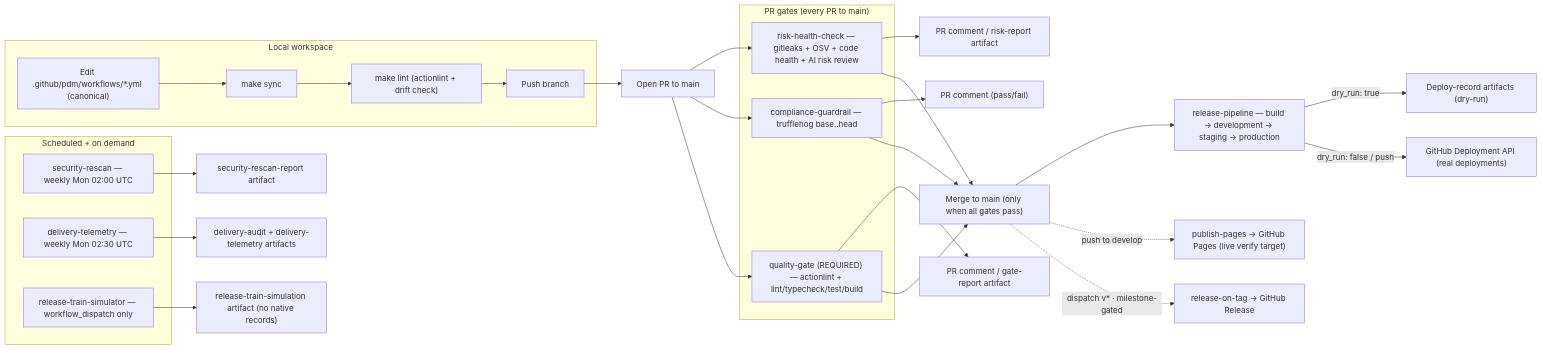
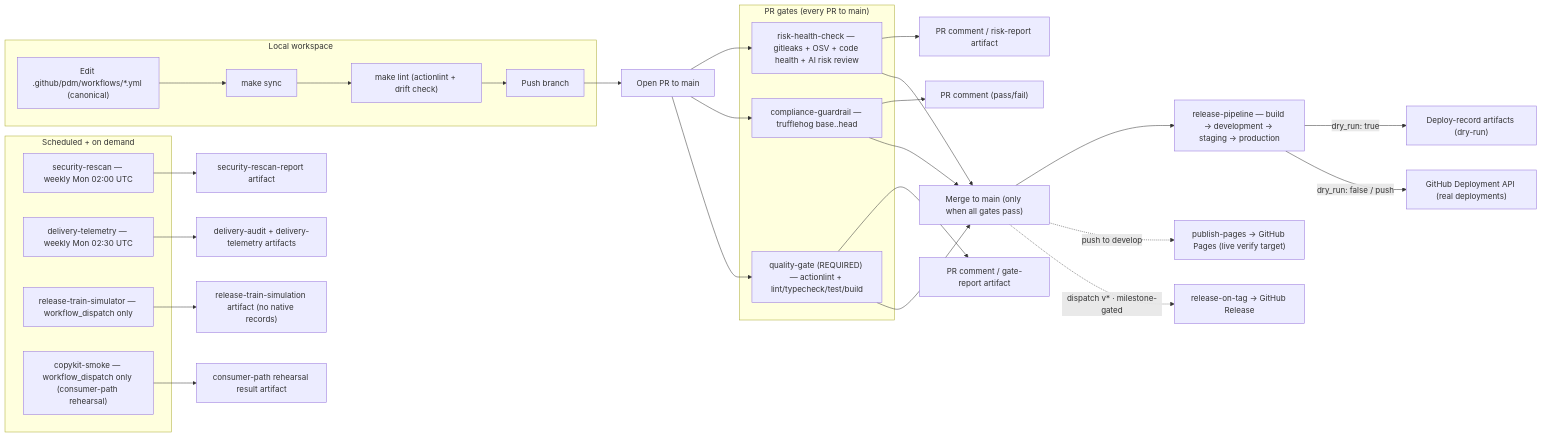
Before and after one commit to frdrpo/learning-pdm-fintech-delivery-engine: the diagram in README.md, drawn with Mermaid. The commit also changed other lines of this file and 1 other file, not shown here.

First line of the commit message:
docs: README enhancement — wiki links, full Makefile surface, current state, System Flow (P19-T2)

````diff
--- a/README.md
+++ b/README.md
@@ -35,45 +45,47 @@
 ```mermaid
 flowchart LR
     subgraph Local["Local workspace"]
         A["Edit .github/pdm/workflows/*.yml (canonical)"] --> B["make sync"]
         B --> C["make lint (actionlint + drift check)"]
         C --> D["Push branch"]
     end
 
     D --> P["Open PR to main"]
 
     subgraph Gates["PR gates (every PR to main)"]
         RH["risk-health-check — gitleaks + OSV + code health + AI risk review"]
         CG["compliance-guardrail — trufflehog base..head"]
         QG["quality-gate (REQUIRED) — actionlint + lint/typecheck/test/build"]
     end
 
     P --> RH
     P --> CG
     P --> QG
 
     RH --> RH1["PR comment / risk-report artifact"]
     CG --> CG1["PR comment (pass/fail)"]
     QG --> QG1["PR comment / gate-report artifact"]
 
     RH --> M["Merge to main (only when all gates pass)"]
     CG --> M
     QG --> M
 
     M --> RP["release-pipeline — build → development → staging → production"]
     RP -->|dry_run: true| RP1["Deploy-record artifacts (dry-run)"]
     RP -->|dry_run: false / push| RP2["GitHub Deployment API (real deployments)"]
 
     M -.->|push to develop| PP["publish-pages → GitHub Pages (live verify target)"]
     M -.->|dispatch v* · milestone-gated| RT["release-on-tag → GitHub Release"]
 
     subgraph Scheduled["Scheduled + on demand"]
         SR["security-rescan — weekly Mon 02:00 UTC"]
         DT["delivery-telemetry — weekly Mon 02:30 UTC"]
         TS["release-train-simulator — workflow_dispatch only"]
+        CK["copykit-smoke — workflow_dispatch only (consumer-path rehearsal)"]
     end
 
     SR --> SR1["security-rescan-report artifact"]
     DT --> DT1["delivery-audit + delivery-telemetry artifacts"]
     TS --> TS1["release-train-simulation artifact (no native records)"]
+    CK --> CK1["consumer-path rehearsal result artifact"]
 ```
````
